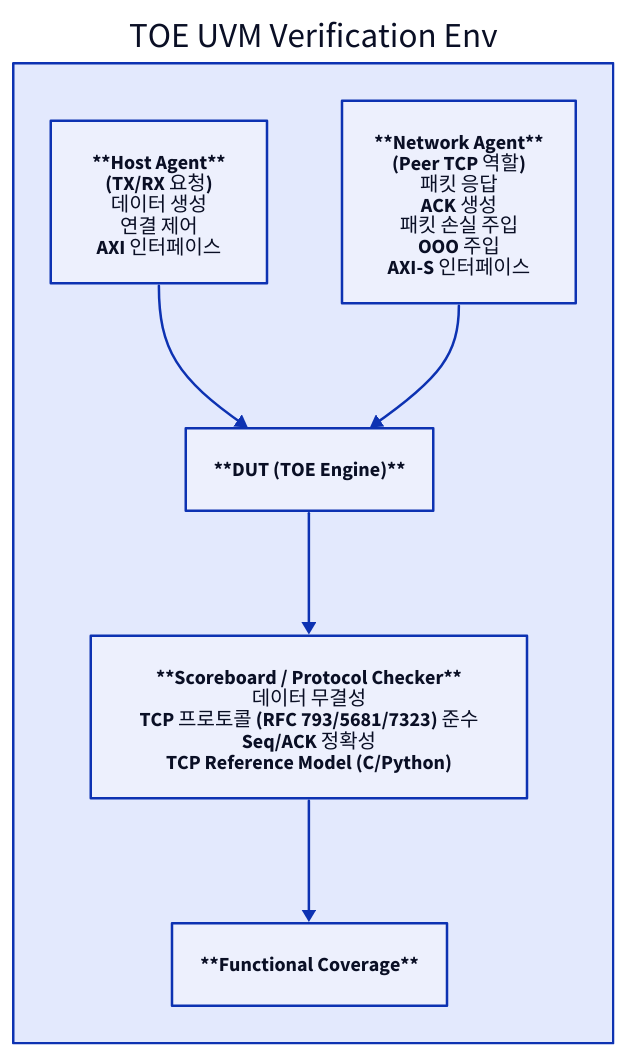
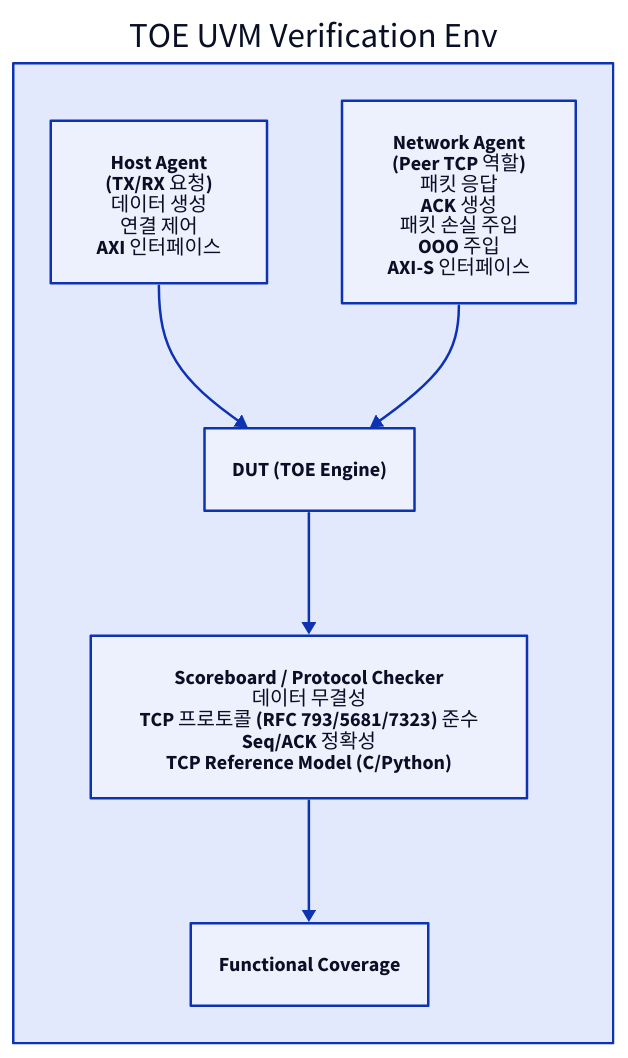
The first of 2 diagrams in starlight_site/src/content/docs/toe/04_toe_dv_methodology.md (humbleowl39/DV_SKOOL), drawn with D2 before and after one commit. The commit also changed 714 other files, not shown here.

First line of the commit message:
fix(site): d2 다이어그램 가독성 결함 6종 일괄 수정

````diff
--- a/starlight_site/src/content/docs/toe/04_toe_dv_methodology.md
+++ b/starlight_site/src/content/docs/toe/04_toe_dv_methodology.md
@@ -48,16 +48,16 @@
 ```d2
 direction: down
 
 ENV: "TOE UVM Verification Env" {
   direction: down
-  HA: "**Host Agent**\n(TX/RX 요청)\n데이터 생성\n연결 제어\nAXI 인터페이스"
-  NA: "**Network Agent**\n(Peer TCP 역할)\n패킷 응답\nACK 생성\n패킷 손실 주입\nOOO 주입\nAXI-S 인터페이스"
-  DUT: "**DUT (TOE Engine)**"
-  SB: "**Scoreboard / Protocol Checker**\n데이터 무결성\nTCP 프로토콜 (RFC 793/5681/7323) 준수\nSeq/ACK 정확성\nTCP Reference Model (C/Python)"
-  COV: "**Functional Coverage**"
+  HA: "Host Agent\n(TX/RX 요청)\n데이터 생성\n연결 제어\nAXI 인터페이스"
+  NA: "Network Agent\n(Peer TCP 역할)\n패킷 응답\nACK 생성\n패킷 손실 주입\nOOO 주입\nAXI-S 인터페이스"
+  DUT: "DUT (TOE Engine)"
+  SB: "Scoreboard / Protocol Checker\n데이터 무결성\nTCP 프로토콜 (RFC 793/5681/7323) 준수\nSeq/ACK 정확성\nTCP Reference Model (C/Python)"
+  COV: "Functional Coverage"
   HA -> DUT
   NA -> DUT
   DUT -> SB
   SB -> COV
 }
 ```
````
